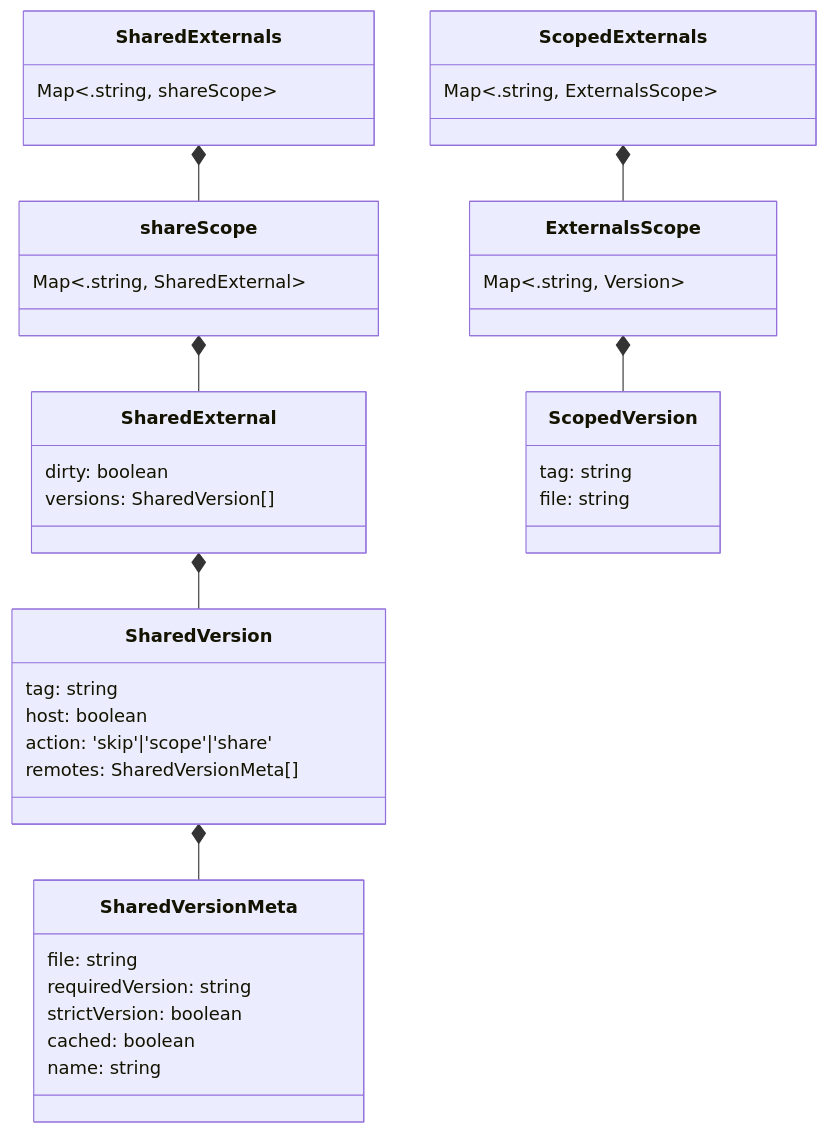
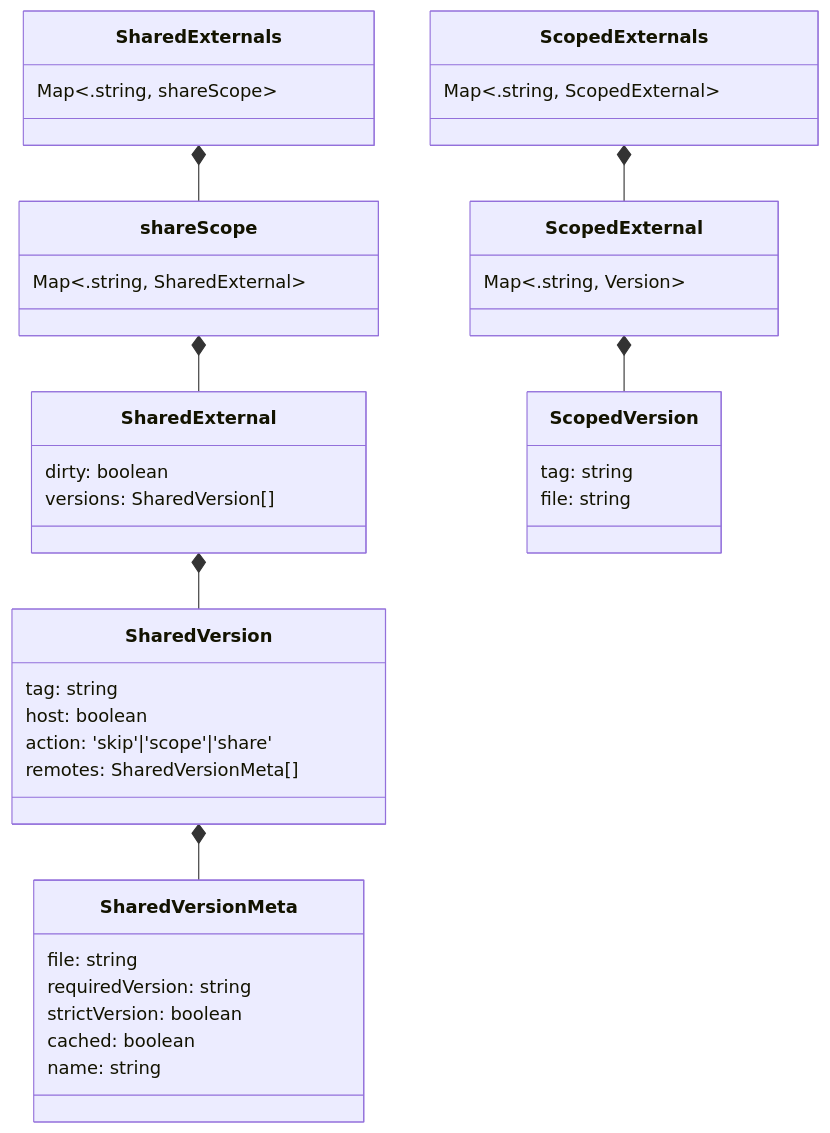
The fifth of 5 diagrams in docs/architecture.md (topicusonderwijs/vanilla-native-federation), drawn with Mermaid before and after one commit. The commit also changed 11 other files, not shown here.

````diff
--- a/docs/architecture.md
+++ b/docs/architecture.md
@@ -261,43 +261,43 @@
 ```mermaid
 classDiagram
     SharedExternals *-- shareScope
     shareScope *-- SharedExternal
     SharedExternal *-- SharedVersion
     SharedVersion *-- SharedVersionMeta
-    ScopedExternals *-- ExternalsScope
-    ExternalsScope *-- ScopedVersion
+    ScopedExternals *-- ScopedExternal
+    ScopedExternal *-- ScopedVersion
 
     class SharedExternals {
         Map<.string, shareScope>
     }
     class shareScope {
         Map<.string, SharedExternal>
     }
     class SharedExternal {
         dirty: boolean
         versions: SharedVersion[]
     }
     class SharedVersion{
         tag: string
         host: boolean
         action: 'skip'|'scope'|'share'
         remotes: SharedVersionMeta[]
     }
     class SharedVersionMeta{
         file: string
         requiredVersion: string
         strictVersion: boolean
         cached: boolean
         name: string
     }
     class ScopedExternals {
-        Map<.string, ExternalsScope>
+        Map<.string, ScopedExternal>
     }
-    class ExternalsScope {
+    class ScopedExternal {
         Map<.string, Version>
     }
     class ScopedVersion{
         tag: string
         file: string
     }
 ```
````
